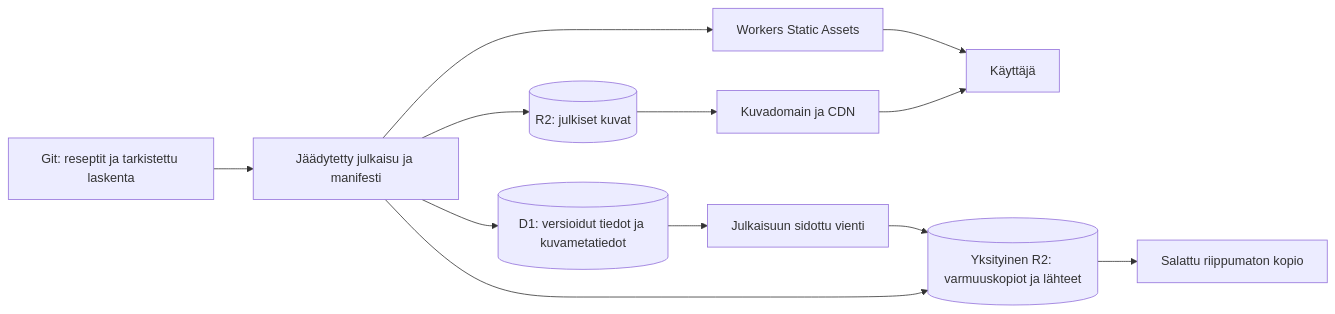
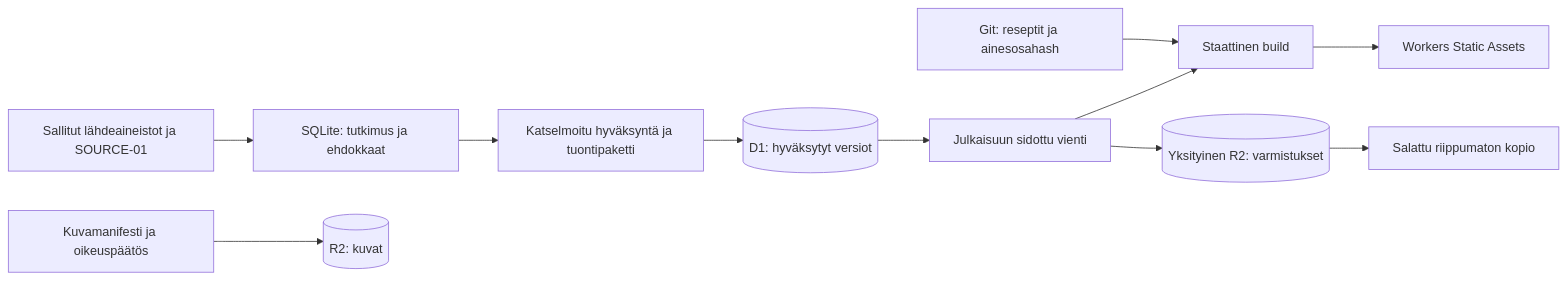
Before and after one commit to ozirix-dev/Reseptit: the diagram in docs/cloudflare-migration-plan.md, drawn with Mermaid. The commit also changed other lines of this file and 1 other file, not shown here.

Commit message:
docs: align SOURCE-01 and phased Cloudflare migration [skip ci]

````diff
--- a/docs/cloudflare-migration-plan.md
+++ b/docs/cloudflare-migration-plan.md
@@ -41,14 +81,13 @@
 ```mermaid
 flowchart LR
-  G[Git: reseptit ja tarkistettu laskenta] --> S[Jäädytetty julkaisu ja manifesti]
-  S --> D[(D1: versioidut tiedot ja kuvametatiedot)]
-  S --> W[Workers Static Assets]
-  S --> R[(R2: julkiset kuvat)]
-  W --> C[Käyttäjä]
-  R --> CDN[Kuvadomain ja CDN]
-  CDN --> C
+  S[Sallitut lähdeaineistot ja SOURCE-01] --> L[SQLite: tutkimus ja ehdokkaat]
+  L --> A[Katselmoitu hyväksyntä ja tuontipaketti]
+  A --> D[(D1: hyväksytyt versiot)]
   D --> E[Julkaisuun sidottu vienti]
-  E --> B[(Yksityinen R2: varmuuskopiot ja lähteet)]
-  S --> B
-  B --> P[Salattu riippumaton kopio]
+  G[Git: reseptit ja ainesosahash] --> B[Staattinen build]
+  E --> B
+  B --> W[Workers Static Assets]
+  I[Kuvamanifesti ja oikeuspäätös] --> R[(R2: kuvat)]
+  E --> P[(Yksityinen R2: varmistukset)]
+  P --> O[Salattu riippumaton kopio]
 ```
````
